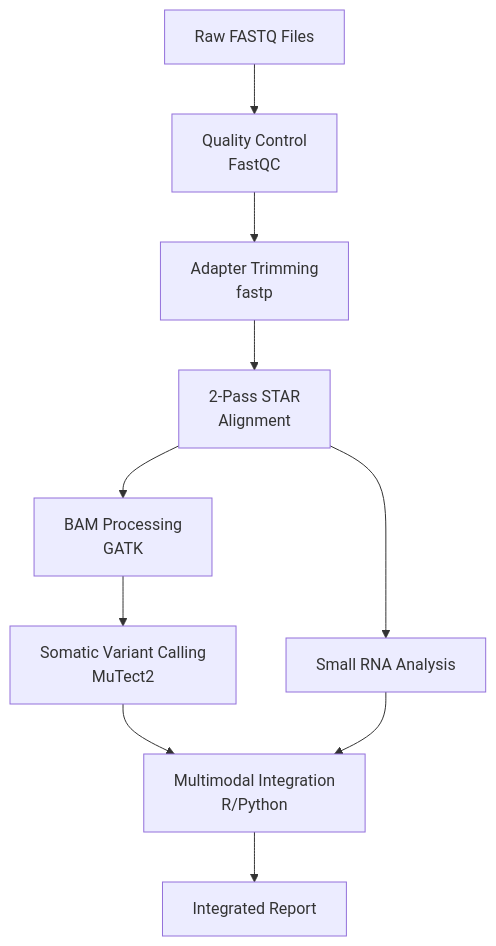
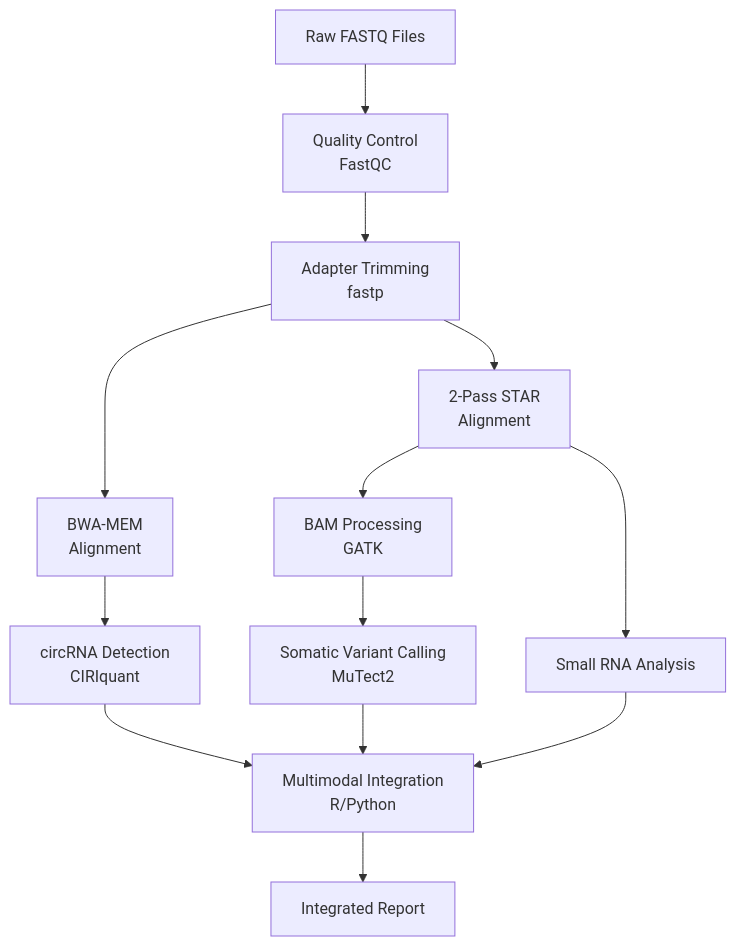
The third of 6 diagrams in README.md (steven0seagal/RNAseq_analysis_pipeline), drawn with Mermaid before and after one commit. The commit also changed other lines of this file and 7 other files, not shown here.

Commit message:
Add comprehensive circRNA analysis features including detection, quantification, and differential expression to enhance multimodal RNA-seq capabilities.

````diff
--- a/README.md
+++ b/README.md
@@ -186,12 +228,15 @@
 ```mermaid
 graph TD
     A[Raw FASTQ Files] --> B[Quality Control<br/>FastQC]
     B --> C[Adapter Trimming<br/>fastp]
     C --> D[2-Pass STAR<br/>Alignment]
-    D --> E[BAM Processing<br/>GATK]
-    E --> F[Somatic Variant Calling<br/>MuTect2]
-    D --> G[Small RNA Analysis]
-    F --> H[Multimodal Integration<br/>R/Python]
-    G --> H
-    H --> I[Integrated Report]
+    C --> E[BWA-MEM<br/>Alignment]
+    D --> F[BAM Processing<br/>GATK]
+    E --> G[circRNA Detection<br/>CIRIquant]
+    F --> H[Somatic Variant Calling<br/>MuTect2]
+    D --> I[Small RNA Analysis]
+    G --> J[Multimodal Integration<br/>R/Python]
+    H --> J
+    I --> J
+    J --> K[Integrated Report]
 ```
````
